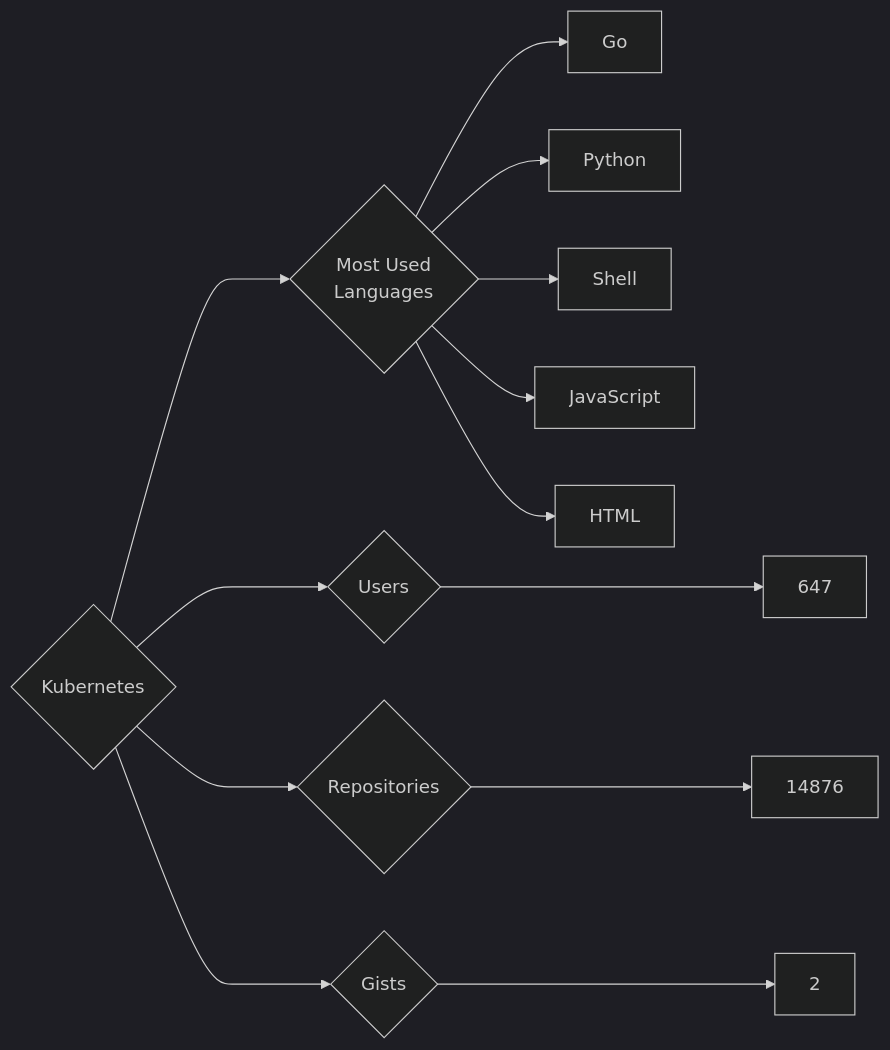
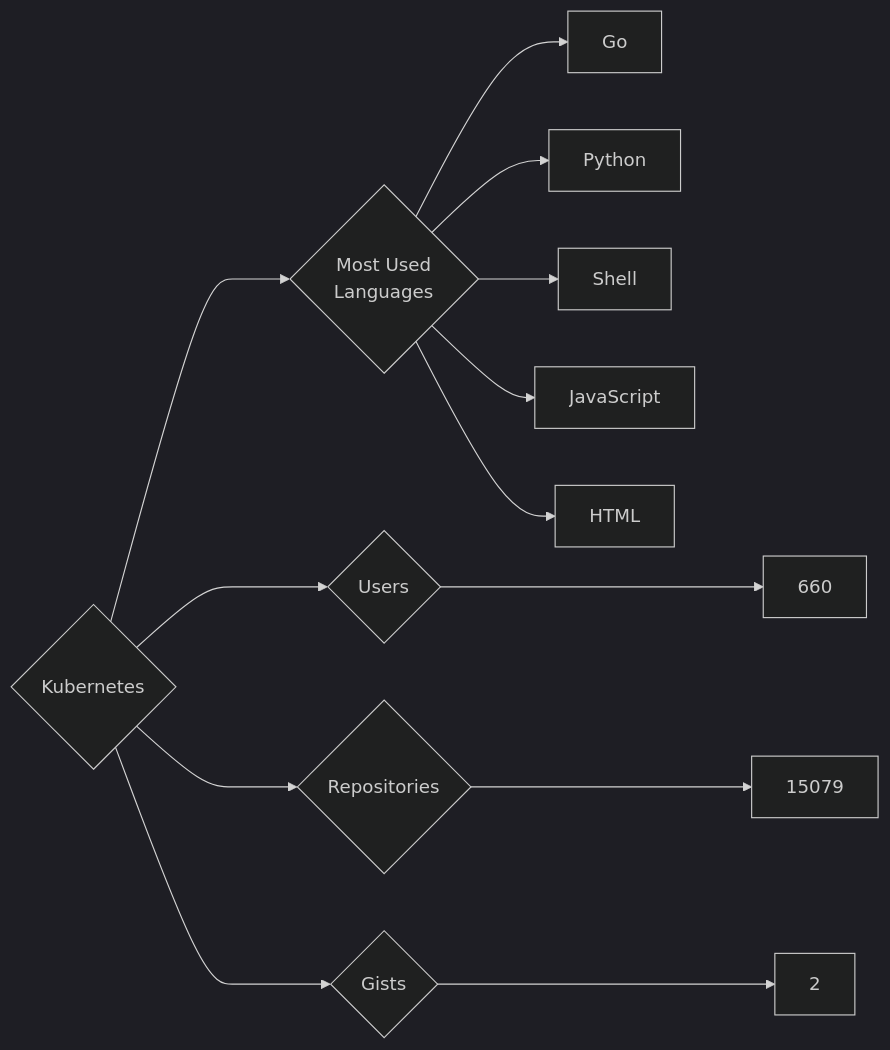
The diagram in targets/Kubernetes/README.md (trickest/insiders), drawn with Mermaid (dark theme) before and after one commit. The commit also changed 927 other files, not shown here.

````diff
--- a/targets/Kubernetes/README.md
+++ b/targets/Kubernetes/README.md
@@ -3,13 +3,13 @@
 ```mermaid
 graph LR
 COMPANY_NAME{Kubernetes}
-COMPANY_NAME ---> U{Users} ---> UN[647]
-COMPANY_NAME ---> R{Repositories} ---> RN[14876]
+COMPANY_NAME ---> U{Users} ---> UN[660]
+COMPANY_NAME ---> R{Repositories} ---> RN[15079]
 COMPANY_NAME ---> G{Gists} ---> GN[2]
 COMPANY_NAME ---> ML{Most Used<br>Languages}
 ML --> Go[Go]
 ML --> Python[Python]
 ML --> Shell[Shell]
 ML --> JavaScript[JavaScript]
 ML --> HTML[HTML]
 ```
````
